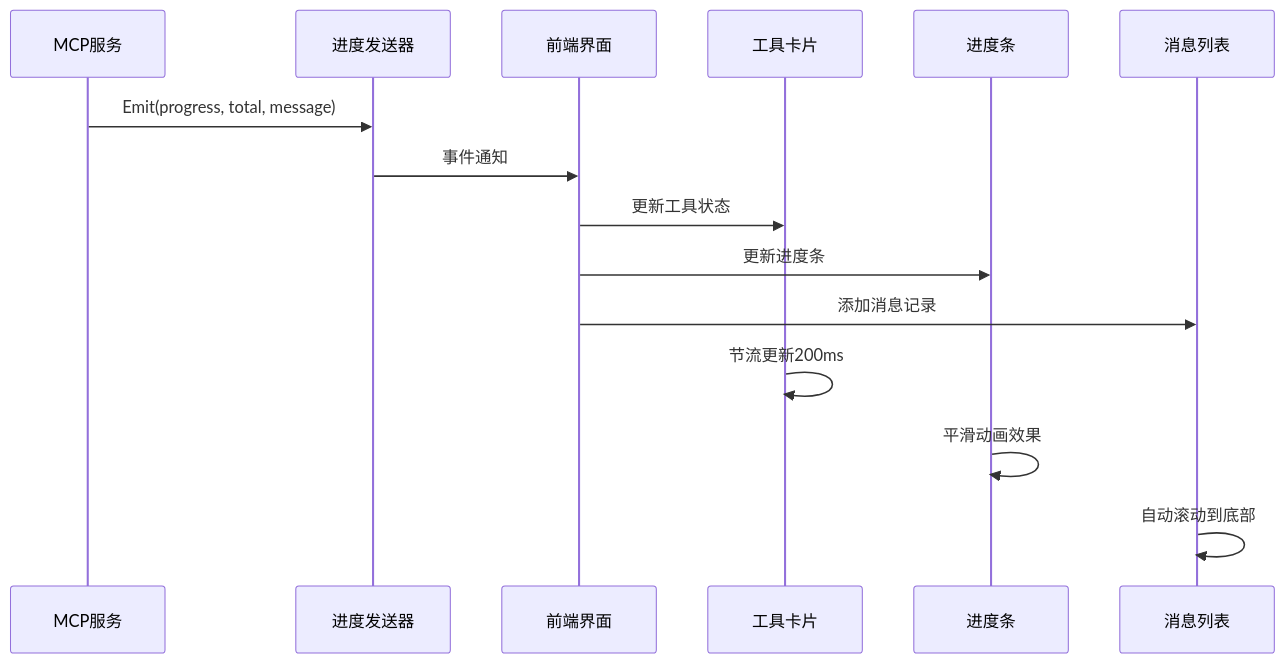
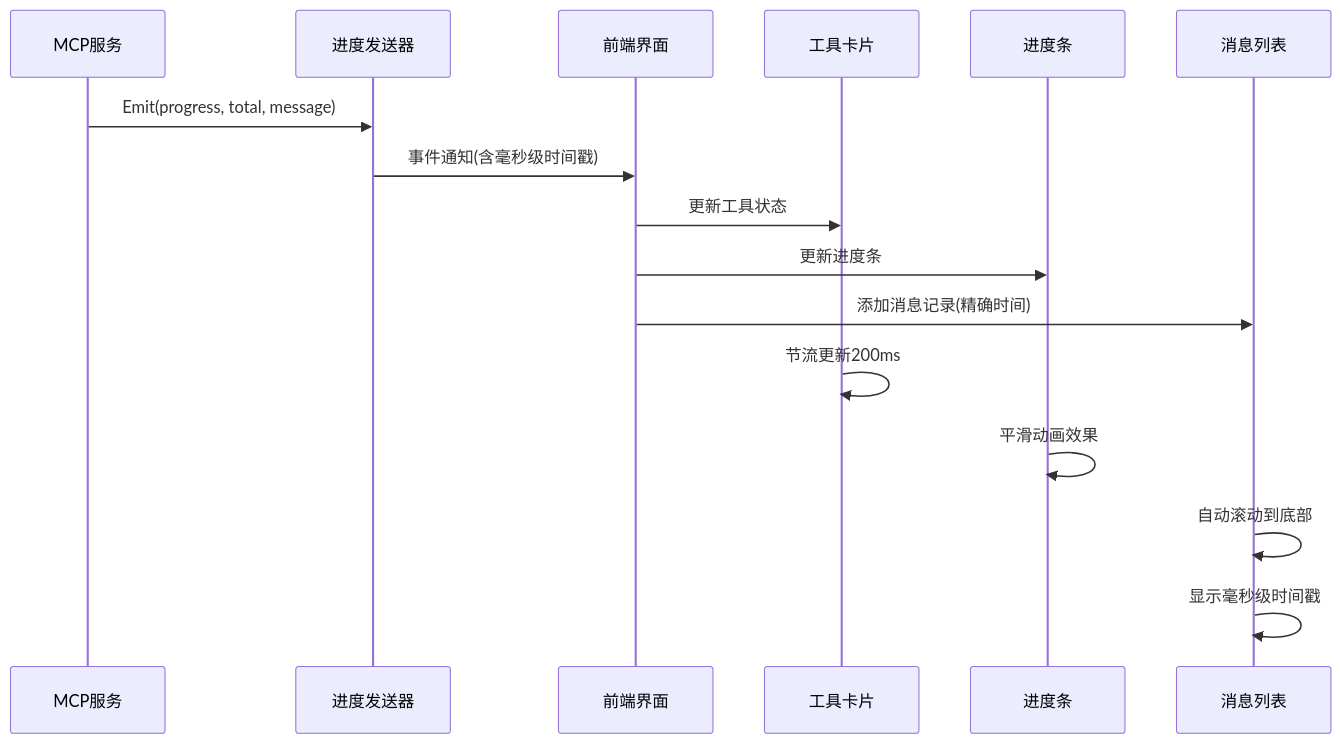
One commit to maomao94/zero-service changed diagram 23 of 30 in .qoder/repowiki/zh/content/AI聊天服务迁移指南.md. Above: the diagram before and after it, drawn with Mermaid. The commit also changed other lines of this file and 59 other files, not shown here.

````diff
--- a/.qoder/repowiki/zh/content/AI聊天服务迁移指南.md
+++ b/.qoder/repowiki/zh/content/AI聊天服务迁移指南.md
@@ -1065,17 +1112,18 @@
 ```mermaid
 sequenceDiagram
 participant MCP as MCP服务
 participant ProgressSender as 进度发送器
 participant Frontend as 前端界面
 participant ToolCards as 工具卡片
 participant ProgressBars as 进度条
 participant MessageList as 消息列表
 MCP->>ProgressSender : Emit(progress, total, message)
-ProgressSender->>Frontend : 事件通知
+ProgressSender->>Frontend : 事件通知(含毫秒级时间戳)
 Frontend->>ToolCards : 更新工具状态
 Frontend->>ProgressBars : 更新进度条
-Frontend->>MessageList : 添加消息记录
+Frontend->>MessageList : 添加消息记录(精确时间)
 ToolCards->>ToolCards : 节流更新200ms
 ProgressBars->>ProgressBars : 平滑动画效果
 MessageList->>MessageList : 自动滚动到底部
+MessageList->>MessageList : 显示毫秒级时间戳
 ```
````
